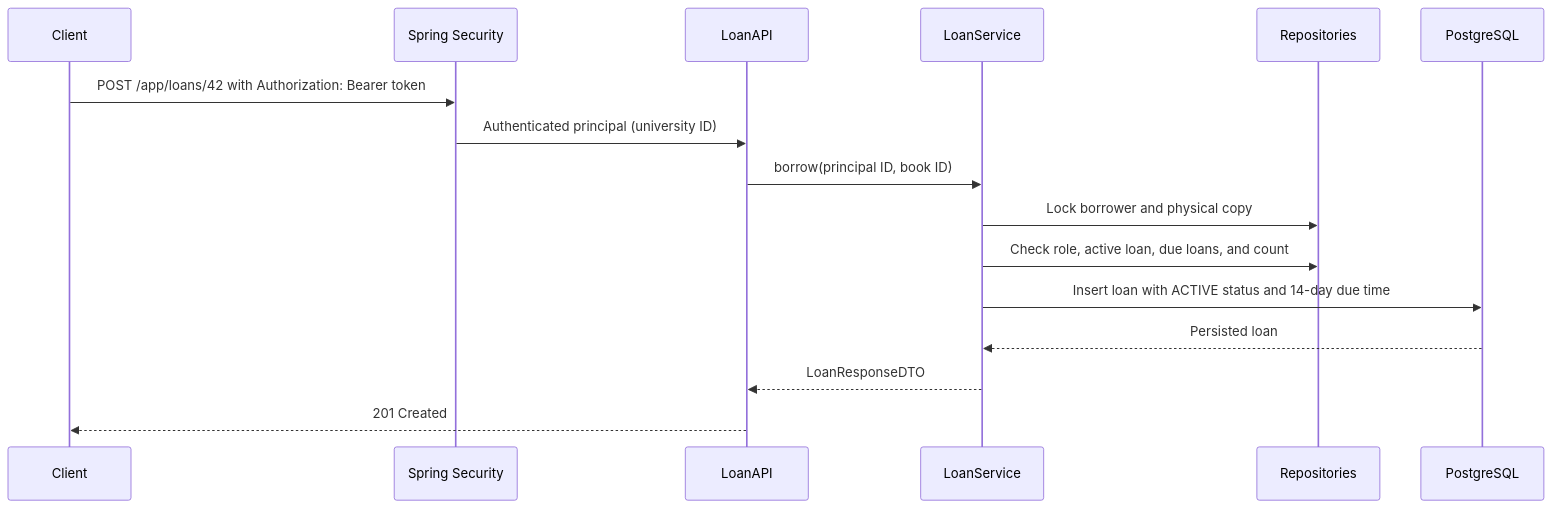
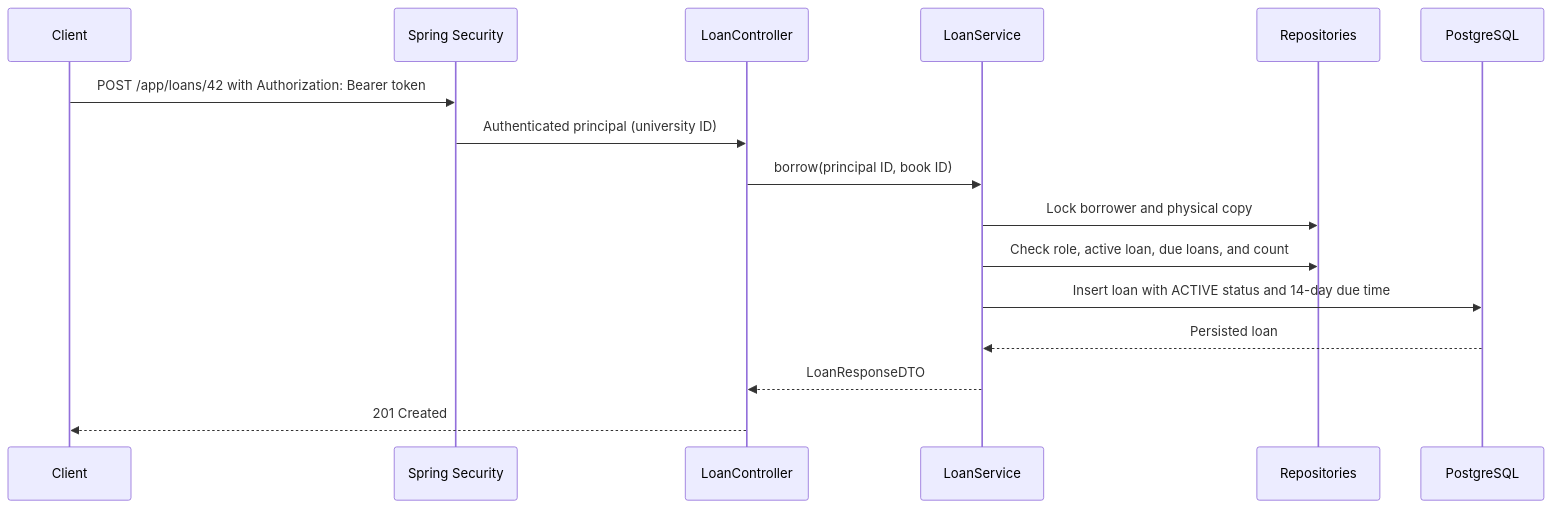
Before and after one commit to kyledelfin2006/libro-library-system: the third of 3 diagrams in docs/guides/loan.md, drawn with Mermaid. The commit also changed other lines of this file and 14 other files, not shown here.

````diff
--- a/docs/guides/loan.md
+++ b/docs/guides/loan.md
@@ -76,19 +76,19 @@
 ```mermaid
 sequenceDiagram
     participant Client
     participant Security as Spring Security
-    participant API as LoanAPI
+    participant API as LoanController
     participant Service as LoanService
     participant Repos as Repositories
     participant DB as PostgreSQL
 
     Client->>Security: POST /app/loans/42 with Authorization: Bearer token
     Security->>API: Authenticated principal (university ID)
     API->>Service: borrow(principal ID, book ID)
     Service->>Repos: Lock borrower and physical copy
     Service->>Repos: Check role, active loan, due loans, and count
     Service->>DB: Insert loan with ACTIVE status and 14-day due time
     DB-->>Service: Persisted loan
     Service-->>API: LoanResponseDTO
     API-->>Client: 201 Created
 ```
````
